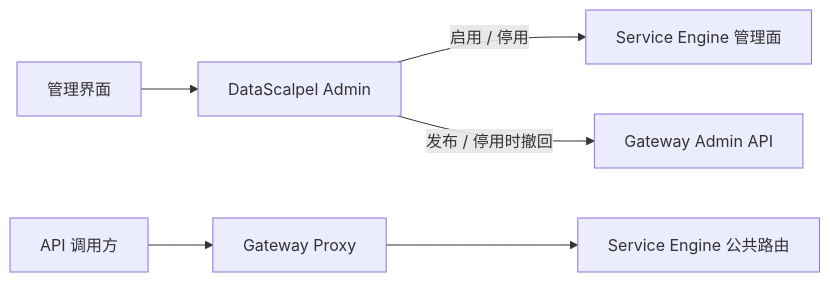
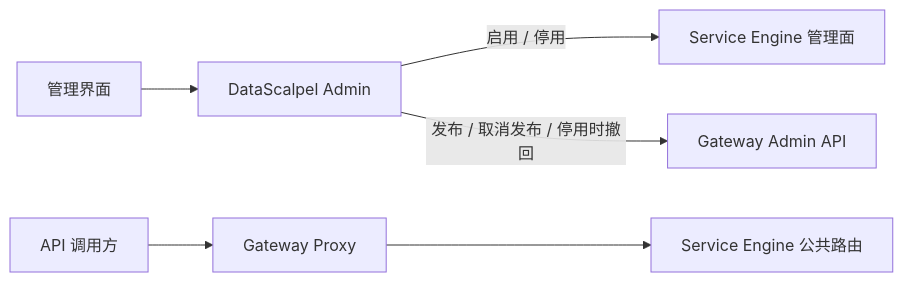
The first of 2 diagrams in docs/design/data-service-gateway-publishing.md (SuperHuang-CN/SuperDataScalpel), drawn with Mermaid before and after one commit. The commit also changed other lines of this file and 52 other files, not shown here.

````diff
--- a/docs/design/data-service-gateway-publishing.md
+++ b/docs/design/data-service-gateway-publishing.md
@@ -19,8 +19,8 @@
 ```mermaid
 flowchart LR
     UI["管理界面"] --> Admin["DataScalpel Admin"]
     Admin -->|"启用 / 停用"| EngineAdmin["Service Engine 管理面"]
-    Admin -->|"发布 / 停用时撤回"| GatewayAdmin["Gateway Admin API"]
+    Admin -->|"发布 / 取消发布 / 停用时撤回"| GatewayAdmin["Gateway Admin API"]
     Caller["API 调用方"] --> GatewayProxy["Gateway Proxy"]
     GatewayProxy --> EnginePublic["Service Engine 公共路由"]
 ```
````
